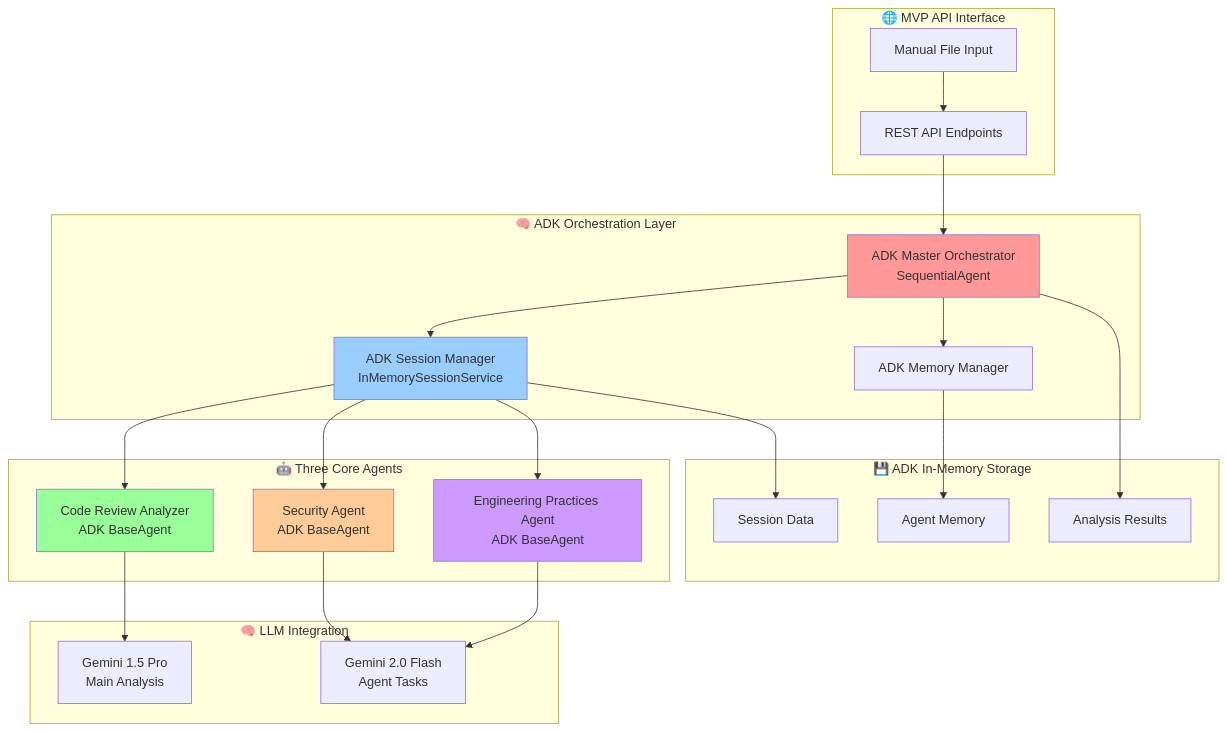
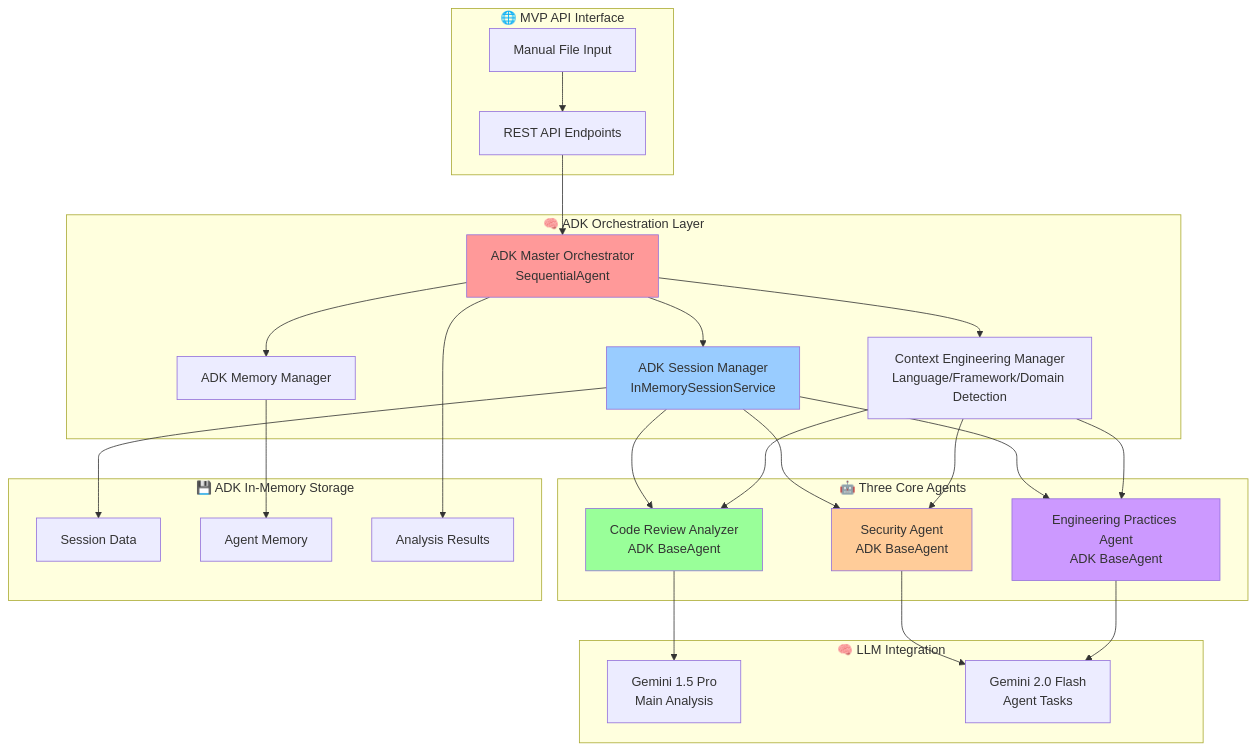
Before and after one commit to rahulgupta2018/ai-code-review-multi-agent: the diagram in docs/architecture/ADK_MVP_CODE_REVIEW_SYSTEM_DESIGN.md, drawn with Mermaid. The commit also changed other lines of this file and 12 other files, not shown here.

````diff
--- a/docs/architecture/ADK_MVP_CODE_REVIEW_SYSTEM_DESIGN.md
+++ b/docs/architecture/ADK_MVP_CODE_REVIEW_SYSTEM_DESIGN.md
@@ -66,54 +68,60 @@
 ```mermaid
 graph TB
     subgraph "🌐 MVP API Interface"
         UI[Manual File Input]
         API[REST API Endpoints]
     end
     
     subgraph "🧠 ADK Orchestration Layer"
         ORC[ADK Master Orchestrator<br/>SequentialAgent]
         SM[ADK Session Manager<br/>InMemorySessionService]
         MM[ADK Memory Manager]
+        CE[Context Engineering Manager<br/>Language/Framework/Domain Detection]
     end
     
     subgraph "🤖 Three Core Agents"
         CRA[Code Review Analyzer<br/>ADK BaseAgent]
         SA[Security Agent<br/>ADK BaseAgent]
         EPA[Engineering Practices Agent<br/>ADK BaseAgent]
     end
     
     subgraph "🧠 LLM Integration"
         GEMINI[Gemini 1.5 Pro<br/>Main Analysis]
         FLASH[Gemini 2.0 Flash<br/>Agent Tasks]
     end
     
     subgraph "💾 ADK In-Memory Storage"
         SESSION[Session Data]
         MEMORY[Agent Memory]
         RESULTS[Analysis Results]
     end
     
     %% Connections
     UI --> API
     API --> ORC
     ORC --> SM
     ORC --> MM
+    ORC --> CE
     
     SM --> CRA
     SM --> SA
     SM --> EPA
+    
+    CE --> CRA
+    CE --> SA
+    CE --> EPA
     
     CRA --> GEMINI
     SA --> FLASH
     EPA --> FLASH
     
     SM --> SESSION
     MM --> MEMORY
     ORC --> RESULTS
     
     style ORC fill:#ff9999
     style SM fill:#99ccff
     style CRA fill:#99ff99
     style SA fill:#ffcc99
     style EPA fill:#cc99ff
 ```
````
